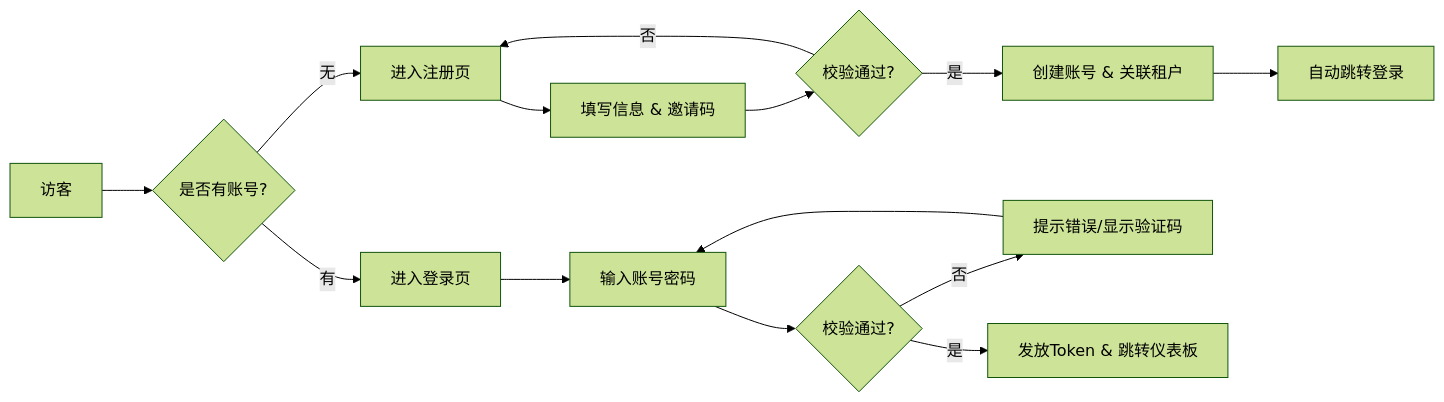
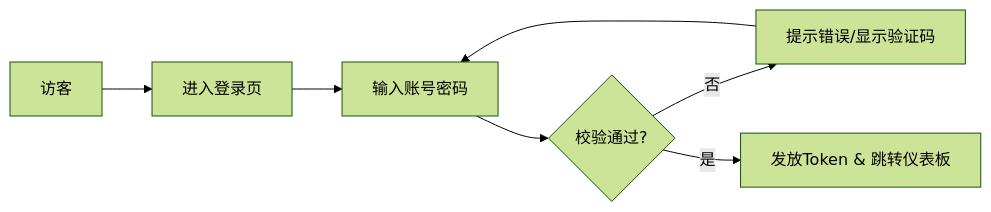
One commit to joychen295/AI--- changed the first of 2 diagrams in 需求文档/G-中台需求文档/辰极智脑-认证与仪表盘需求说明书_V1.0.md. Above: the diagram before and after it, drawn with Mermaid (forest theme). The commit also changed other lines of this file and 2 other files, not shown here.

````diff
--- a/需求文档/G-中台需求文档/辰极智脑-认证与仪表盘需求说明书_V1.0.md
+++ b/需求文档/G-中台需求文档/辰极智脑-认证与仪表盘需求说明书_V1.0.md
@@ -71,16 +69,9 @@
 ```mermaid
 graph LR
-    A[访客] --> B{是否有账号?}
-    B -- 无 --> C[进入注册页]
-    C --> D[填写信息 & 邀请码]
-    D --> E{校验通过?}
-    E -- 否 --> C
-    E -- 是 --> F[创建账号 & 关联租户]
-    F --> G[自动跳转登录]
-    B -- 有 --> H[进入登录页]
-    H --> I[输入账号密码]
-    I --> J{校验通过?}
-    J -- 否 --> K[提示错误/显示验证码]
-    K --> I
-    J -- 是 --> L[发放Token & 跳转仪表板]
+    A[访客] --> B[进入登录页]
+    B --> C[输入账号密码]
+    C --> D{校验通过?}
+    D -- 否 --> E[提示错误/显示验证码]
+    E --> C
+    D -- 是 --> F[发放Token & 跳转仪表板]
 ```
````
